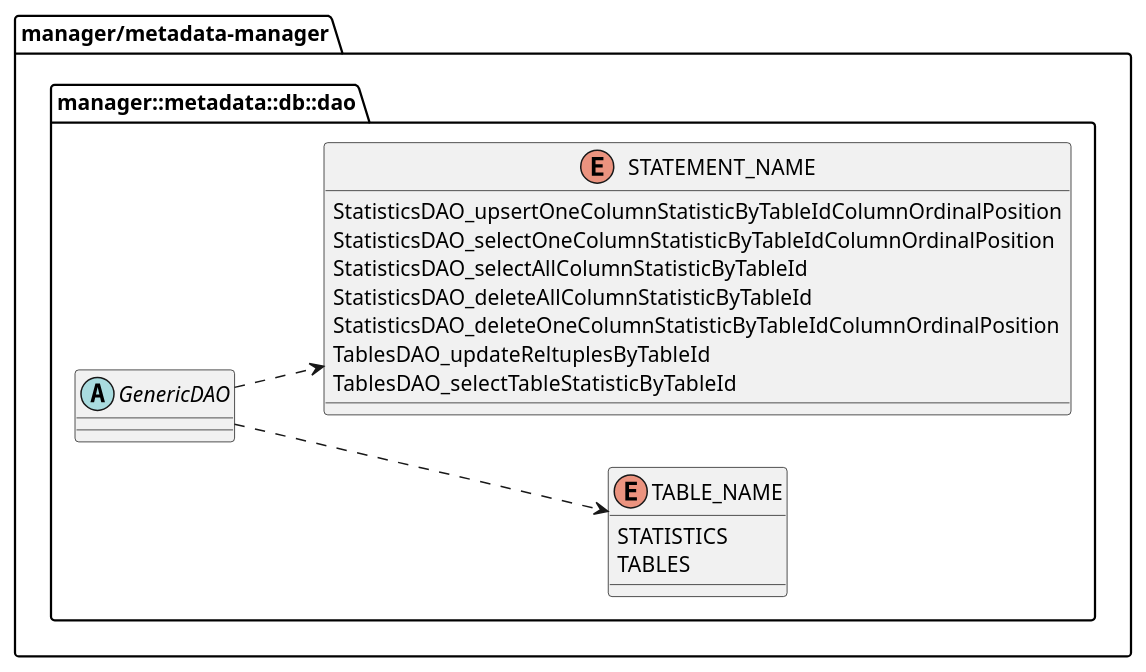
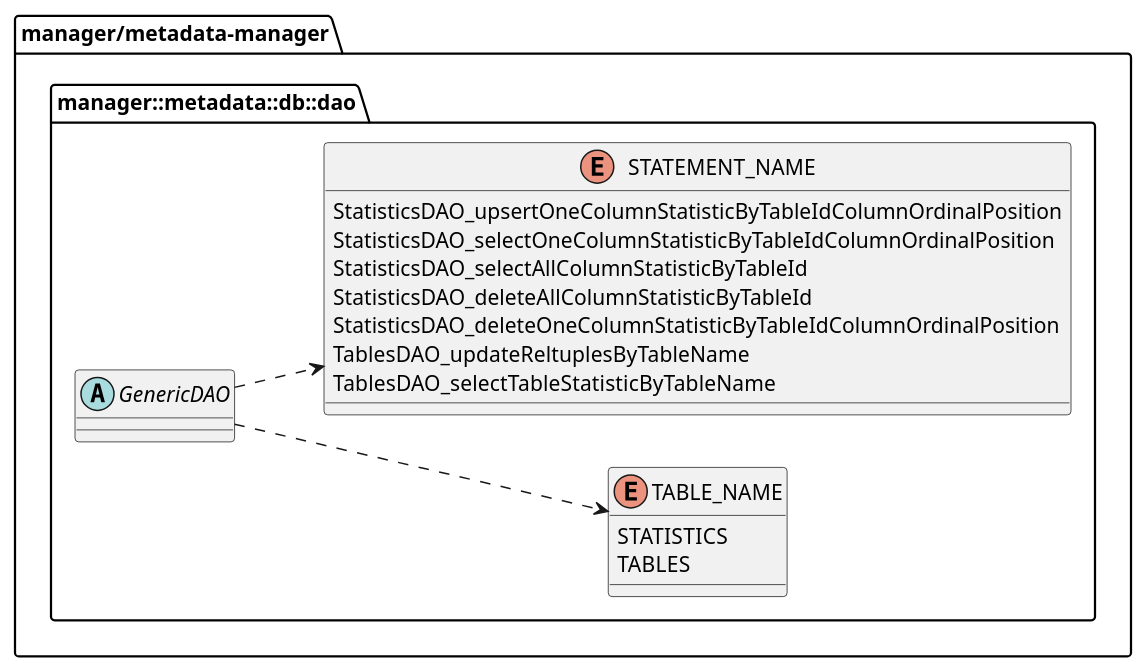
Before and after one commit to project-tsurugi/metadata-manager: the seventh of 7 diagrams in metadata-manager/docs/statistic/02.FD/uml/ClassDiagram_detail.pu, drawn with PlantUML. The commit also changed other lines of this file and 9 other files, not shown here.

```diff
--- a/metadata-manager/docs/statistic/02.FD/uml/ClassDiagram_detail.pu
+++ b/metadata-manager/docs/statistic/02.FD/uml/ClassDiagram_detail.pu
@@ -315,34 +315,34 @@
 @startuml ClassDiagram_detail_dao_enum
 left to right direction
 
 package "manager/metadata-manager" {
 
   package manager::metadata::db::dao{
 
     enum TABLE_NAME
     {
 	    STATISTICS
       TABLES
     }
   
     enum STATEMENT_NAME{
       StatisticsDAO_upsertOneColumnStatisticByTableIdColumnOrdinalPosition
       StatisticsDAO_selectOneColumnStatisticByTableIdColumnOrdinalPosition
       StatisticsDAO_selectAllColumnStatisticByTableId
       StatisticsDAO_deleteAllColumnStatisticByTableId
       StatisticsDAO_deleteOneColumnStatisticByTableIdColumnOrdinalPosition
-      TablesDAO_updateReltuplesByTableId
-      TablesDAO_selectTableStatisticByTableId
+      TablesDAO_updateReltuplesByTableName
+      TablesDAO_selectTableStatisticByTableName
     }
   
     abstract class GenericDAO
     {
     }
   }
   
   GenericDAO ..> TABLE_NAME
   GenericDAO ..> STATEMENT_NAME
   
 }
 
 @enduml
```
